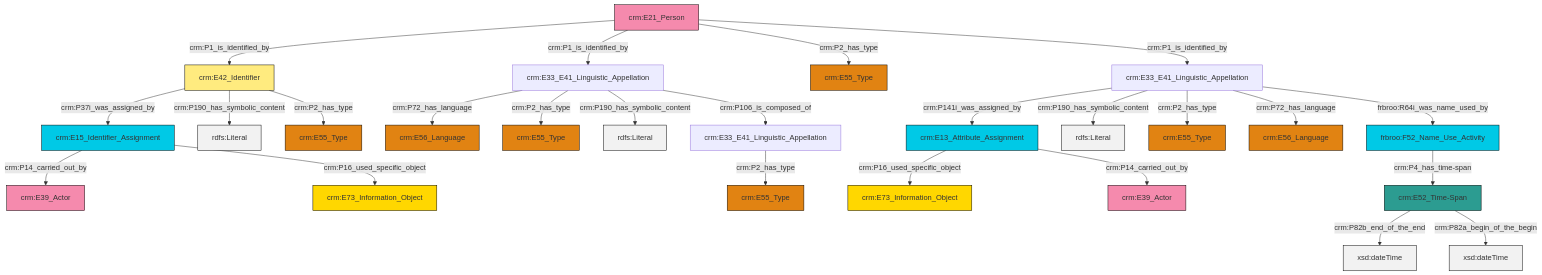
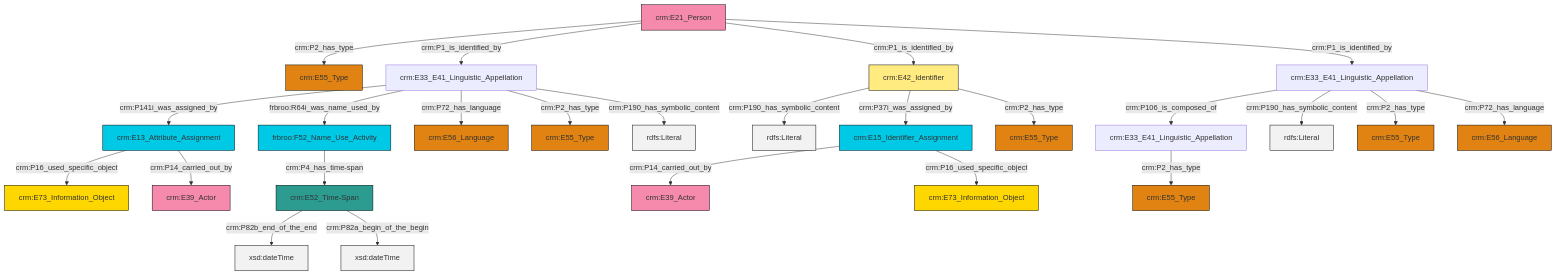
The diagram in et/personCSV/ttl/mmd/Person_Names_and_Classification.ttl.mmd (swiss-art-research-net/reference-data-models), drawn with Mermaid before and after one commit. The commit also changed 158 other files, not shown here.

```diff
--- a/et/personCSV/ttl/mmd/Person_Names_and_Classification.ttl.mmd
+++ b/et/personCSV/ttl/mmd/Person_Names_and_Classification.ttl.mmd
@@ -1,39 +1,39 @@
 graph TD
 classDef Literal fill:#f2f2f2,stroke:#000000;
 classDef CRM_Entity fill:#FFFFFF,stroke:#000000;
 classDef Temporal_Entity fill:#00C9E6, stroke:#000000;
 classDef Type fill:#E18312, stroke:#000000;
 classDef Time-Span fill:#2C9C91, stroke:#000000;
 classDef Appellation fill:#FFEB7F, stroke:#000000;
 classDef Place fill:#008836, stroke:#000000;
 classDef Persistent_Item fill:#B266B2, stroke:#000000;
 classDef Conceptual_Object fill:#FFD700, stroke:#000000;
 classDef Physical_Thing fill:#D2B48C, stroke:#000000;
 classDef Actor fill:#f58aad, stroke:#000000;
 classDef PC_Classes fill:#4ce600, stroke:#000000;
 classDef Multi fill:#cccccc,stroke:#000000;
 
-0["crm:E15_Identifier_Assignment"]:::Temporal_Entity -->|crm:P14_carried_out_by| 1["crm:E39_Actor"]:::Actor
-8["crm:E52_Time-Span"]:::Time-Span -->|crm:P82b_end_of_the_end| 9[xsd:dateTime]:::Literal
-12["frbroo:F52_Name_Use_Activity"]:::Temporal_Entity -->|crm:P4_has_time-span| 8["crm:E52_Time-Span"]:::Time-Span
-0["crm:E15_Identifier_Assignment"]:::Temporal_Entity -->|crm:P16_used_specific_object| 15["crm:E73_Information_Object"]:::Conceptual_Object
-16["crm:E21_Person"]:::Actor -->|crm:P1_is_identified_by| 17["crm:E42_Identifier"]:::Appellation
-20["crm:E33_E41_Linguistic_Appellation"]:::Default -->|crm:P141i_was_assigned_by| 21["crm:E13_Attribute_Assignment"]:::Temporal_Entity
-20["crm:E33_E41_Linguistic_Appellation"]:::Default -->|crm:P190_has_symbolic_content| 23[rdfs:Literal]:::Literal
-17["crm:E42_Identifier"]:::Appellation -->|crm:P37i_was_assigned_by| 0["crm:E15_Identifier_Assignment"]:::Temporal_Entity
-21["crm:E13_Attribute_Assignment"]:::Temporal_Entity -->|crm:P16_used_specific_object| 31["crm:E73_Information_Object"]:::Conceptual_Object
-16["crm:E21_Person"]:::Actor -->|crm:P1_is_identified_by| 18["crm:E33_E41_Linguistic_Appellation"]:::Default
-24["crm:E33_E41_Linguistic_Appellation"]:::Default -->|crm:P2_has_type| 34["crm:E55_Type"]:::Type
-20["crm:E33_E41_Linguistic_Appellation"]:::Default -->|crm:P2_has_type| 13["crm:E55_Type"]:::Type
-18["crm:E33_E41_Linguistic_Appellation"]:::Default -->|crm:P72_has_language| 2["crm:E56_Language"]:::Type
-17["crm:E42_Identifier"]:::Appellation -->|crm:P190_has_symbolic_content| 36[rdfs:Literal]:::Literal
-21["crm:E13_Attribute_Assignment"]:::Temporal_Entity -->|crm:P14_carried_out_by| 26["crm:E39_Actor"]:::Actor
-16["crm:E21_Person"]:::Actor -->|crm:P2_has_type| 6["crm:E55_Type"]:::Type
-20["crm:E33_E41_Linguistic_Appellation"]:::Default -->|crm:P72_has_language| 10["crm:E56_Language"]:::Type
-18["crm:E33_E41_Linguistic_Appellation"]:::Default -->|crm:P2_has_type| 4["crm:E55_Type"]:::Type
-17["crm:E42_Identifier"]:::Appellation -->|crm:P2_has_type| 38["crm:E55_Type"]:::Type
-20["crm:E33_E41_Linguistic_Appellation"]:::Default -->|frbroo:R64i_was_name_used_by| 12["frbroo:F52_Name_Use_Activity"]:::Temporal_Entity
-18["crm:E33_E41_Linguistic_Appellation"]:::Default -->|crm:P190_has_symbolic_content| 42[rdfs:Literal]:::Literal
-8["crm:E52_Time-Span"]:::Time-Span -->|crm:P82a_begin_of_the_begin| 44[xsd:dateTime]:::Literal
-18["crm:E33_E41_Linguistic_Appellation"]:::Default -->|crm:P106_is_composed_of| 24["crm:E33_E41_Linguistic_Appellation"]:::Default
-16["crm:E21_Person"]:::Actor -->|crm:P1_is_identified_by| 20["crm:E33_E41_Linguistic_Appellation"]:::Default
+0["crm:E33_E41_Linguistic_Appellation"]:::Default -->|crm:P106_is_composed_of| 1["crm:E33_E41_Linguistic_Appellation"]:::Default
+2["crm:E21_Person"]:::Actor -->|crm:P2_has_type| 3["crm:E55_Type"]:::Type
+4["crm:E33_E41_Linguistic_Appellation"]:::Default -->|crm:P141i_was_assigned_by| 5["crm:E13_Attribute_Assignment"]:::Temporal_Entity
+2["crm:E21_Person"]:::Actor -->|crm:P1_is_identified_by| 4["crm:E33_E41_Linguistic_Appellation"]:::Default
+2["crm:E21_Person"]:::Actor -->|crm:P1_is_identified_by| 9["crm:E42_Identifier"]:::Appellation
+2["crm:E21_Person"]:::Actor -->|crm:P1_is_identified_by| 0["crm:E33_E41_Linguistic_Appellation"]:::Default
+14["crm:E52_Time-Span"]:::Time-Span -->|crm:P82b_end_of_the_end| 15[xsd:dateTime]:::Literal
+1["crm:E33_E41_Linguistic_Appellation"]:::Default -->|crm:P2_has_type| 17["crm:E55_Type"]:::Type
+0["crm:E33_E41_Linguistic_Appellation"]:::Default -->|crm:P190_has_symbolic_content| 21[rdfs:Literal]:::Literal
+4["crm:E33_E41_Linguistic_Appellation"]:::Default -->|frbroo:R64i_was_name_used_by| 24["frbroo:F52_Name_Use_Activity"]:::Temporal_Entity
+4["crm:E33_E41_Linguistic_Appellation"]:::Default -->|crm:P72_has_language| 25["crm:E56_Language"]:::Type
+9["crm:E42_Identifier"]:::Appellation -->|crm:P190_has_symbolic_content| 26[rdfs:Literal]:::Literal
+12["crm:E15_Identifier_Assignment"]:::Temporal_Entity -->|crm:P14_carried_out_by| 28["crm:E39_Actor"]:::Actor
+9["crm:E42_Identifier"]:::Appellation -->|crm:P37i_was_assigned_by| 12["crm:E15_Identifier_Assignment"]:::Temporal_Entity
+12["crm:E15_Identifier_Assignment"]:::Temporal_Entity -->|crm:P16_used_specific_object| 33["crm:E73_Information_Object"]:::Conceptual_Object
+9["crm:E42_Identifier"]:::Appellation -->|crm:P2_has_type| 18["crm:E55_Type"]:::Type
+24["frbroo:F52_Name_Use_Activity"]:::Temporal_Entity -->|crm:P4_has_time-span| 14["crm:E52_Time-Span"]:::Time-Span
+0["crm:E33_E41_Linguistic_Appellation"]:::Default -->|crm:P2_has_type| 10["crm:E55_Type"]:::Type
+5["crm:E13_Attribute_Assignment"]:::Temporal_Entity -->|crm:P16_used_specific_object| 37["crm:E73_Information_Object"]:::Conceptual_Object
+0["crm:E33_E41_Linguistic_Appellation"]:::Default -->|crm:P72_has_language| 6["crm:E56_Language"]:::Type
+4["crm:E33_E41_Linguistic_Appellation"]:::Default -->|crm:P2_has_type| 30["crm:E55_Type"]:::Type
+14["crm:E52_Time-Span"]:::Time-Span -->|crm:P82a_begin_of_the_begin| 44[xsd:dateTime]:::Literal
+4["crm:E33_E41_Linguistic_Appellation"]:::Default -->|crm:P190_has_symbolic_content| 45[rdfs:Literal]:::Literal
+5["crm:E13_Attribute_Assignment"]:::Temporal_Entity -->|crm:P14_carried_out_by| 41["crm:E39_Actor"]:::Actor
```
